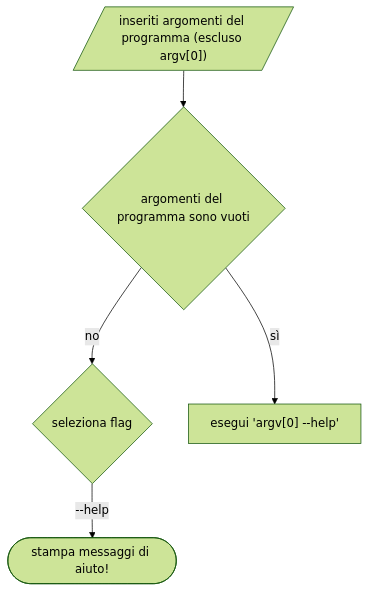
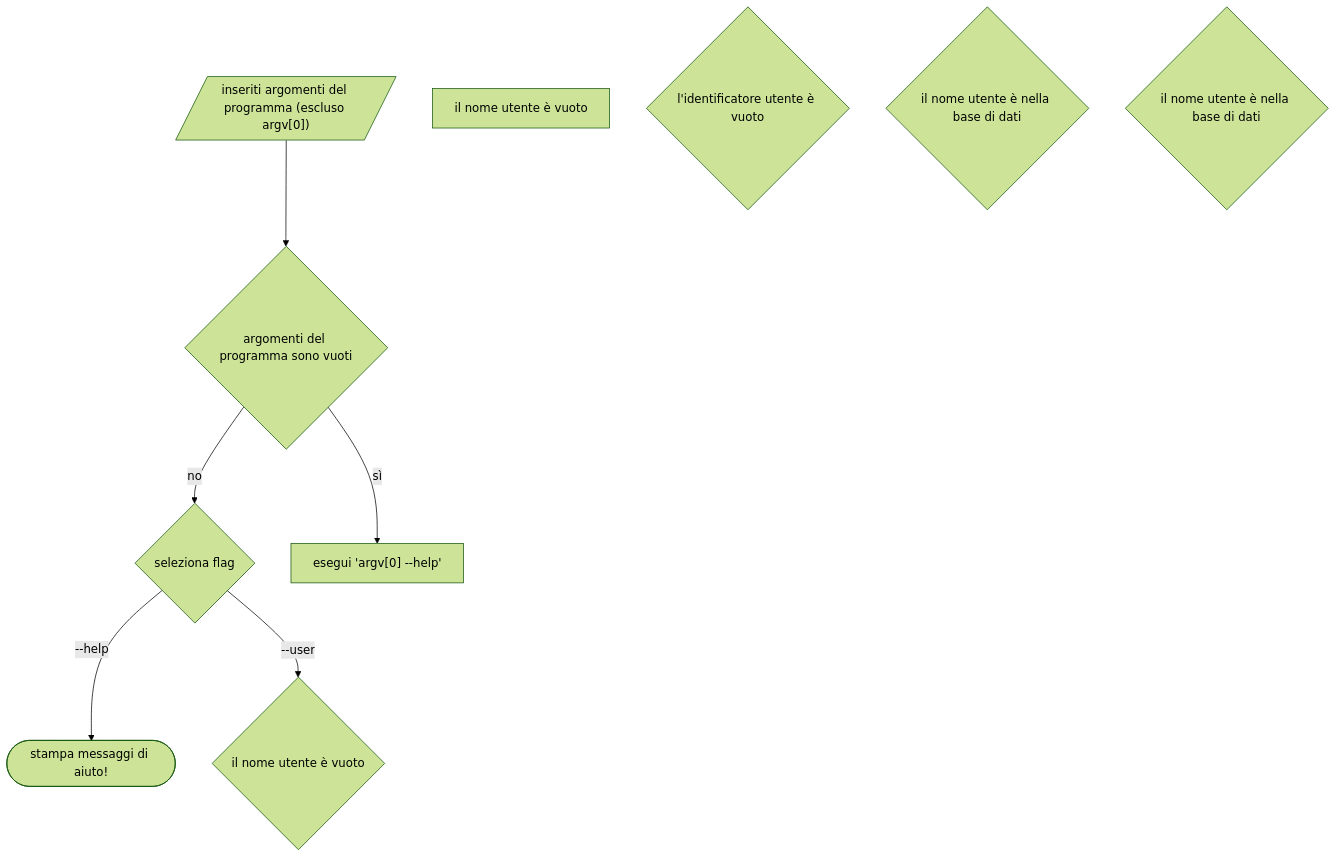
One commit to RegySpecial/regy-special-project changed the diagram in organization/markdown/executionModel.md. Above: the diagram before and after it, drawn with Mermaid (forest theme). The commit also changed 26 other files, not shown here.

````diff
--- a/organization/markdown/executionModel.md
+++ b/organization/markdown/executionModel.md
@@ -1,12 +1,18 @@
 ```mermaid
 flowchart
 gameArgumentsInput[/"inseriti argomenti del programma (escluso argv[0])"/]
 gameArgumentsInputSelection{argomenti del programma sono vuoti}
 flagSelection{seleziona flag}
 helpExecution["esegui 'argv[0] --help'"]
 helpCase([stampa messaggi di aiuto!])
+userNameIsEmpty{il nome utente è vuoto}
+emptyUserName[il nome utente è vuoto]
+userIdentifierIsEmpty{l'identificatore utente è vuoto}
+userNameCheckByTheDatabase{il nome utente è nella base di dati}
+userIdentifierCheckByTheDatabase{il nome utente è nella base di dati}
 gameArgumentsInput-->gameArgumentsInputSelection
 gameArgumentsInputSelection-->|no|flagSelection
 gameArgumentsInputSelection-->|sì|helpExecution
 flagSelection-->|--help|helpCase
+flagSelection-->|--user|userNameIsEmpty
 ```
````
